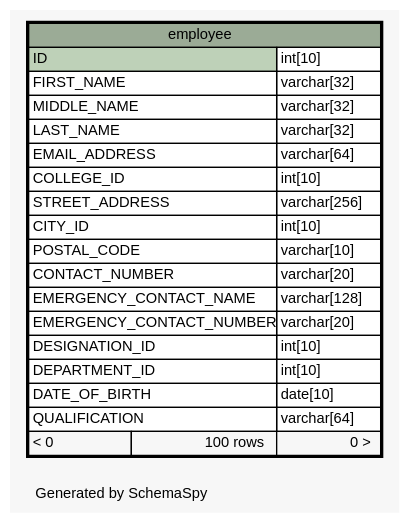
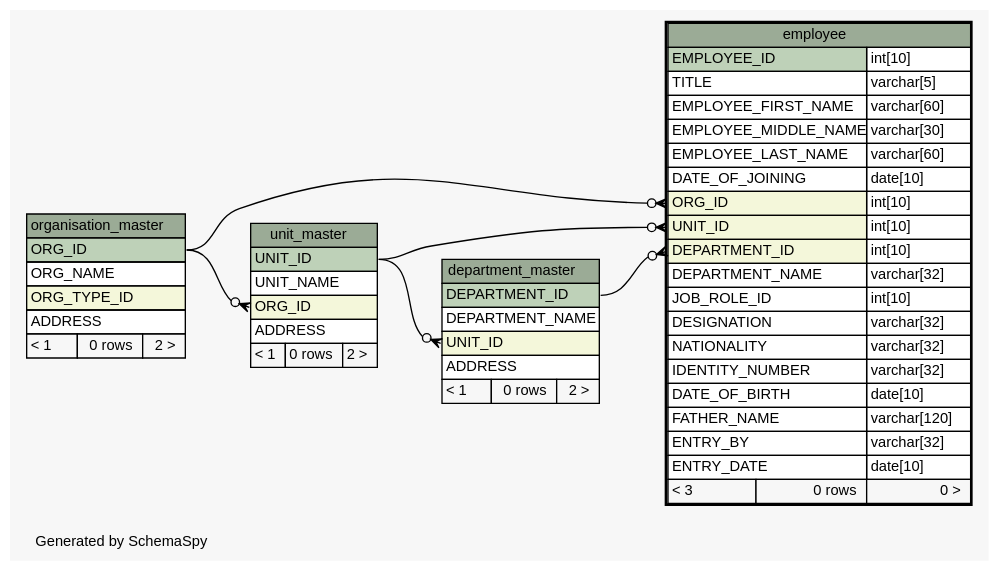
Before and after one commit to engineerscraft/hrms: the diagram in docs/database/diagrams/employee.1degree.dot, drawn with Graphviz. The commit also changed 121 other files, not shown here.

```diff
--- a/docs/database/diagrams/employee.1degree.dot
+++ b/docs/database/diagrams/employee.1degree.dot
@@ -1,47 +1,93 @@
 // dot 2.38.0 on Windows 7 6.1
 // SchemaSpy rev 590
 digraph "oneDegreeRelationshipsDiagram" {
   graph [
     rankdir="RL"
     bgcolor="#f7f7f7"
     label="\nGenerated by SchemaSpy"
     labeljust="l"
     nodesep="0.18"
     ranksep="0.46"
     fontname="Helvetica"
     fontsize="11"
   ];
   node [
     fontname="Helvetica"
     fontsize="11"
     shape="plaintext"
   ];
   edge [
     arrowsize="0.8"
   ];
+  "department_master":"UNIT_ID":w -> "unit_master":"UNIT_ID":e [arrowhead=none dir=back arrowtail=crowodot];
+  "employee":"DEPARTMENT_ID":w -> "department_master":"DEPARTMENT_ID":e [arrowhead=none dir=back arrowtail=crowodot];
+  "employee":"ORG_ID":w -> "organisation_master":"ORG_ID":e [arrowhead=none dir=back arrowtail=crowodot];
+  "employee":"UNIT_ID":w -> "unit_master":"UNIT_ID":e [arrowhead=none dir=back arrowtail=crowodot];
+  "unit_master":"ORG_ID":w -> "organisation_master":"ORG_ID":e [arrowhead=none dir=back arrowtail=crowodot];
+  "department_master" [
+    label=<
+    <TABLE BORDER="0" CELLBORDER="1" CELLSPACING="0" BGCOLOR="#ffffff">
+      <TR><TD COLSPAN="3" BGCOLOR="#9bab96" ALIGN="CENTER">department_master</TD></TR>
+      <TR><TD PORT="DEPARTMENT_ID" COLSPAN="3" BGCOLOR="#bed1b8" ALIGN="LEFT">DEPARTMENT_ID</TD></TR>
+      <TR><TD PORT="DEPARTMENT_NAME" COLSPAN="3" ALIGN="LEFT">DEPARTMENT_NAME</TD></TR>
+      <TR><TD PORT="UNIT_ID" COLSPAN="3" BGCOLOR="#f4f7da" ALIGN="LEFT">UNIT_ID</TD></TR>
+      <TR><TD PORT="ADDRESS" COLSPAN="3" ALIGN="LEFT">ADDRESS</TD></TR>
+      <TR><TD ALIGN="LEFT" BGCOLOR="#f7f7f7">&lt; 1</TD><TD ALIGN="RIGHT" BGCOLOR="#f7f7f7">0 rows</TD><TD ALIGN="RIGHT" BGCOLOR="#f7f7f7">2 &gt;</TD></TR>
+    </TABLE>>
+    URL="department_master.html"
+    tooltip="department_master"
+  ];
   "employee" [
     label=<
     <TABLE BORDER="2" CELLBORDER="1" CELLSPACING="0" BGCOLOR="#ffffff">
       <TR><TD COLSPAN="3" BGCOLOR="#9bab96" ALIGN="CENTER">employee</TD></TR>
-      <TR><TD PORT="ID" COLSPAN="2" BGCOLOR="#bed1b8" ALIGN="LEFT">ID</TD><TD PORT="ID.type" ALIGN="LEFT">int[10]</TD></TR>
-      <TR><TD PORT="FIRST_NAME" COLSPAN="2" ALIGN="LEFT">FIRST_NAME</TD><TD PORT="FIRST_NAME.type" ALIGN="LEFT">varchar[32]</TD></TR>
-      <TR><TD PORT="MIDDLE_NAME" COLSPAN="2" ALIGN="LEFT">MIDDLE_NAME</TD><TD PORT="MIDDLE_NAME.type" ALIGN="LEFT">varchar[32]</TD></TR>
-      <TR><TD PORT="LAST_NAME" COLSPAN="2" ALIGN="LEFT">LAST_NAME</TD><TD PORT="LAST_NAME.type" ALIGN="LEFT">varchar[32]</TD></TR>
-      <TR><TD PORT="EMAIL_ADDRESS" COLSPAN="2" ALIGN="LEFT">EMAIL_ADDRESS</TD><TD PORT="EMAIL_ADDRESS.type" ALIGN="LEFT">varchar[64]</TD></TR>
-      <TR><TD PORT="COLLEGE_ID" COLSPAN="2" ALIGN="LEFT">COLLEGE_ID</TD><TD PORT="COLLEGE_ID.type" ALIGN="LEFT">int[10]</TD></TR>
-      <TR><TD PORT="STREET_ADDRESS" COLSPAN="2" ALIGN="LEFT">STREET_ADDRESS</TD><TD PORT="STREET_ADDRESS.type" ALIGN="LEFT">varchar[256]</TD></TR>
-      <TR><TD PORT="CITY_ID" COLSPAN="2" ALIGN="LEFT">CITY_ID</TD><TD PORT="CITY_ID.type" ALIGN="LEFT">int[10]</TD></TR>
-      <TR><TD PORT="POSTAL_CODE" COLSPAN="2" ALIGN="LEFT">POSTAL_CODE</TD><TD PORT="POSTAL_CODE.type" ALIGN="LEFT">varchar[10]</TD></TR>
-      <TR><TD PORT="CONTACT_NUMBER" COLSPAN="2" ALIGN="LEFT">CONTACT_NUMBER</TD><TD PORT="CONTACT_NUMBER.type" ALIGN="LEFT">varchar[20]</TD></TR>
-      <TR><TD PORT="EMERGENCY_CONTACT_NAME" COLSPAN="2" ALIGN="LEFT">EMERGENCY_CONTACT_NAME</TD><TD PORT="EMERGENCY_CONTACT_NAME.type" ALIGN="LEFT">varchar[128]</TD></TR>
-      <TR><TD PORT="EMERGENCY_CONTACT_NUMBER" COLSPAN="2" ALIGN="LEFT">EMERGENCY_CONTACT_NUMBER</TD><TD PORT="EMERGENCY_CONTACT_NUMBER.type" ALIGN="LEFT">varchar[20]</TD></TR>
-      <TR><TD PORT="DESIGNATION_ID" COLSPAN="2" ALIGN="LEFT">DESIGNATION_ID</TD><TD PORT="DESIGNATION_ID.type" ALIGN="LEFT">int[10]</TD></TR>
-      <TR><TD PORT="DEPARTMENT_ID" COLSPAN="2" ALIGN="LEFT">DEPARTMENT_ID</TD><TD PORT="DEPARTMENT_ID.type" ALIGN="LEFT">int[10]</TD></TR>
+      <TR><TD PORT="EMPLOYEE_ID" COLSPAN="2" BGCOLOR="#bed1b8" ALIGN="LEFT">EMPLOYEE_ID</TD><TD PORT="EMPLOYEE_ID.type" ALIGN="LEFT">int[10]</TD></TR>
+      <TR><TD PORT="TITLE" COLSPAN="2" ALIGN="LEFT">TITLE</TD><TD PORT="TITLE.type" ALIGN="LEFT">varchar[5]</TD></TR>
+      <TR><TD PORT="EMPLOYEE_FIRST_NAME" COLSPAN="2" ALIGN="LEFT">EMPLOYEE_FIRST_NAME</TD><TD PORT="EMPLOYEE_FIRST_NAME.type" ALIGN="LEFT">varchar[60]</TD></TR>
+      <TR><TD PORT="EMPLOYEE_MIDDLE_NAME" COLSPAN="2" ALIGN="LEFT">EMPLOYEE_MIDDLE_NAME</TD><TD PORT="EMPLOYEE_MIDDLE_NAME.type" ALIGN="LEFT">varchar[30]</TD></TR>
+      <TR><TD PORT="EMPLOYEE_LAST_NAME" COLSPAN="2" ALIGN="LEFT">EMPLOYEE_LAST_NAME</TD><TD PORT="EMPLOYEE_LAST_NAME.type" ALIGN="LEFT">varchar[60]</TD></TR>
+      <TR><TD PORT="DATE_OF_JOINING" COLSPAN="2" ALIGN="LEFT">DATE_OF_JOINING</TD><TD PORT="DATE_OF_JOINING.type" ALIGN="LEFT">date[10]</TD></TR>
+      <TR><TD PORT="ORG_ID" COLSPAN="2" BGCOLOR="#f4f7da" ALIGN="LEFT">ORG_ID</TD><TD PORT="ORG_ID.type" ALIGN="LEFT">int[10]</TD></TR>
+      <TR><TD PORT="UNIT_ID" COLSPAN="2" BGCOLOR="#f4f7da" ALIGN="LEFT">UNIT_ID</TD><TD PORT="UNIT_ID.type" ALIGN="LEFT">int[10]</TD></TR>
+      <TR><TD PORT="DEPARTMENT_ID" COLSPAN="2" BGCOLOR="#f4f7da" ALIGN="LEFT">DEPARTMENT_ID</TD><TD PORT="DEPARTMENT_ID.type" ALIGN="LEFT">int[10]</TD></TR>
+      <TR><TD PORT="DEPARTMENT_NAME" COLSPAN="2" ALIGN="LEFT">DEPARTMENT_NAME</TD><TD PORT="DEPARTMENT_NAME.type" ALIGN="LEFT">varchar[32]</TD></TR>
+      <TR><TD PORT="JOB_ROLE_ID" COLSPAN="2" ALIGN="LEFT">JOB_ROLE_ID</TD><TD PORT="JOB_ROLE_ID.type" ALIGN="LEFT">int[10]</TD></TR>
+      <TR><TD PORT="DESIGNATION" COLSPAN="2" ALIGN="LEFT">DESIGNATION</TD><TD PORT="DESIGNATION.type" ALIGN="LEFT">varchar[32]</TD></TR>
+      <TR><TD PORT="NATIONALITY" COLSPAN="2" ALIGN="LEFT">NATIONALITY</TD><TD PORT="NATIONALITY.type" ALIGN="LEFT">varchar[32]</TD></TR>
+      <TR><TD PORT="IDENTITY_NUMBER" COLSPAN="2" ALIGN="LEFT">IDENTITY_NUMBER</TD><TD PORT="IDENTITY_NUMBER.type" ALIGN="LEFT">varchar[32]</TD></TR>
       <TR><TD PORT="DATE_OF_BIRTH" COLSPAN="2" ALIGN="LEFT">DATE_OF_BIRTH</TD><TD PORT="DATE_OF_BIRTH.type" ALIGN="LEFT">date[10]</TD></TR>
-      <TR><TD PORT="QUALIFICATION" COLSPAN="2" ALIGN="LEFT">QUALIFICATION</TD><TD PORT="QUALIFICATION.type" ALIGN="LEFT">varchar[64]</TD></TR>
-      <TR><TD ALIGN="LEFT" BGCOLOR="#f7f7f7">&lt; 0</TD><TD ALIGN="RIGHT" BGCOLOR="#f7f7f7">100 rows</TD><TD ALIGN="RIGHT" BGCOLOR="#f7f7f7">0 &gt;</TD></TR>
+      <TR><TD PORT="FATHER_NAME" COLSPAN="2" ALIGN="LEFT">FATHER_NAME</TD><TD PORT="FATHER_NAME.type" ALIGN="LEFT">varchar[120]</TD></TR>
+      <TR><TD PORT="ENTRY_BY" COLSPAN="2" ALIGN="LEFT">ENTRY_BY</TD><TD PORT="ENTRY_BY.type" ALIGN="LEFT">varchar[32]</TD></TR>
+      <TR><TD PORT="ENTRY_DATE" COLSPAN="2" ALIGN="LEFT">ENTRY_DATE</TD><TD PORT="ENTRY_DATE.type" ALIGN="LEFT">date[10]</TD></TR>
+      <TR><TD ALIGN="LEFT" BGCOLOR="#f7f7f7">&lt; 3</TD><TD ALIGN="RIGHT" BGCOLOR="#f7f7f7">0 rows</TD><TD ALIGN="RIGHT" BGCOLOR="#f7f7f7">0 &gt;</TD></TR>
     </TABLE>>
     URL="employee.html"
     tooltip="employee"
   ];
+  "organisation_master" [
+    label=<
+    <TABLE BORDER="0" CELLBORDER="1" CELLSPACING="0" BGCOLOR="#ffffff">
+      <TR><TD COLSPAN="3" BGCOLOR="#9bab96" ALIGN="CENTER">organisation_master</TD></TR>
+      <TR><TD PORT="ORG_ID" COLSPAN="3" BGCOLOR="#bed1b8" ALIGN="LEFT">ORG_ID</TD></TR>
+      <TR><TD PORT="ORG_NAME" COLSPAN="3" ALIGN="LEFT">ORG_NAME</TD></TR>
+      <TR><TD PORT="ORG_TYPE_ID" COLSPAN="3" BGCOLOR="#f4f7da" ALIGN="LEFT">ORG_TYPE_ID</TD></TR>
+      <TR><TD PORT="ADDRESS" COLSPAN="3" ALIGN="LEFT">ADDRESS</TD></TR>
+      <TR><TD ALIGN="LEFT" BGCOLOR="#f7f7f7">&lt; 1</TD><TD ALIGN="RIGHT" BGCOLOR="#f7f7f7">0 rows</TD><TD ALIGN="RIGHT" BGCOLOR="#f7f7f7">2 &gt;</TD></TR>
+    </TABLE>>
+    URL="organisation_master.html"
+    tooltip="organisation_master"
+  ];
+  "unit_master" [
+    label=<
+    <TABLE BORDER="0" CELLBORDER="1" CELLSPACING="0" BGCOLOR="#ffffff">
+      <TR><TD COLSPAN="3" BGCOLOR="#9bab96" ALIGN="CENTER">unit_master</TD></TR>
+      <TR><TD PORT="UNIT_ID" COLSPAN="3" BGCOLOR="#bed1b8" ALIGN="LEFT">UNIT_ID</TD></TR>
+      <TR><TD PORT="UNIT_NAME" COLSPAN="3" ALIGN="LEFT">UNIT_NAME</TD></TR>
+      <TR><TD PORT="ORG_ID" COLSPAN="3" BGCOLOR="#f4f7da" ALIGN="LEFT">ORG_ID</TD></TR>
+      <TR><TD PORT="ADDRESS" COLSPAN="3" ALIGN="LEFT">ADDRESS</TD></TR>
+      <TR><TD ALIGN="LEFT" BGCOLOR="#f7f7f7">&lt; 1</TD><TD ALIGN="RIGHT" BGCOLOR="#f7f7f7">0 rows</TD><TD ALIGN="RIGHT" BGCOLOR="#f7f7f7">2 &gt;</TD></TR>
+    </TABLE>>
+    URL="unit_master.html"
+    tooltip="unit_master"
+  ];
 }
```
